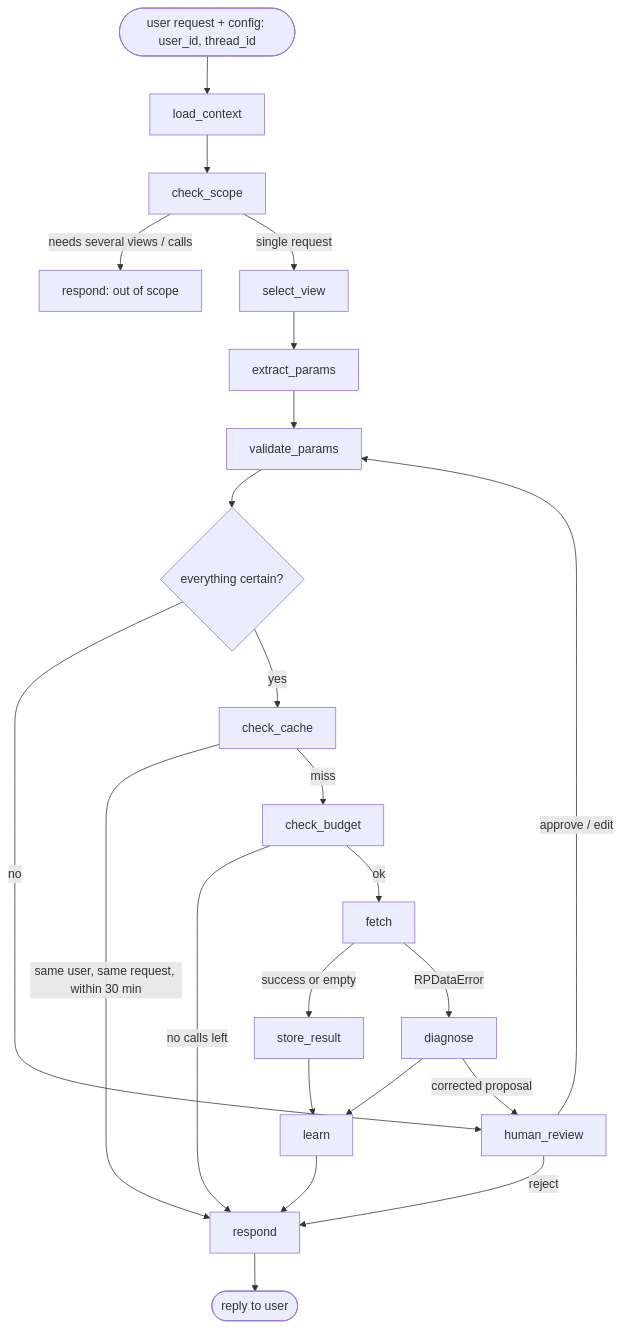
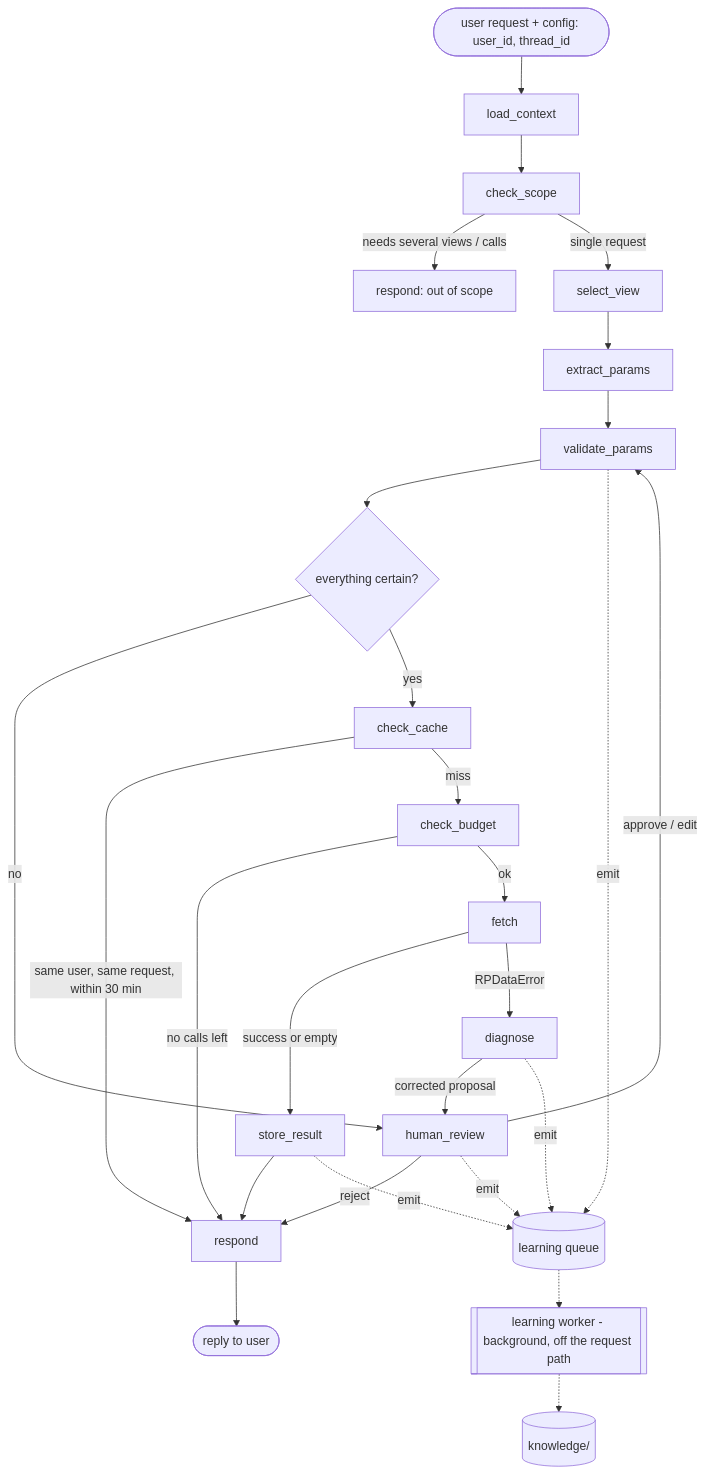
Before and after one commit to PaeoniaCommon/rp_agent: the diagram in SPEC.md, drawn with Mermaid. The commit also changed other lines of this file, not shown here.

First line of the commit message:
Spec v0.5: run learning in the background

````diff
--- a/SPEC.md
+++ b/SPEC.md
@@ -81,28 +82,34 @@
 ```mermaid
 flowchart TD
     START([user request + config: user_id, thread_id]) --> ctx[load_context]
     ctx --> scope[check_scope]
     scope -->|needs several views / calls| out[respond: out of scope]
     scope -->|single request| sv[select_view]
 
     sv --> ep[extract_params]
     ep --> val[validate_params]
 
     val --> cert{everything certain?}
     cert -->|no| review[human_review]
     review -->|approve / edit| val
     review -->|reject| respond
 
     cert -->|yes| cache[check_cache]
     cache -->|same user, same request, within 30 min| respond
     cache -->|miss| budget[check_budget]
     budget -->|no calls left| respond
     budget -->|ok| fetch[fetch]
 
-    fetch -->|success or empty| store[store_result] --> learn
-    fetch -->|RPDataError| diagnose --> learn
+    fetch -->|success or empty| store[store_result] --> respond
+    fetch -->|RPDataError| diagnose
     diagnose -->|corrected proposal| review
 
-    learn --> respond[respond]
-    respond --> END([reply to user])
+    respond[respond] --> END([reply to user])
+
+    store -. emit .-> q[(learning queue)]
+    diagnose -. emit .-> q
+    review -. emit .-> q
+    val -. emit .-> q
+    q -.-> worker[[learning worker - background, off the request path]]
+    worker -.-> kb[(knowledge/)]
 ```
````
